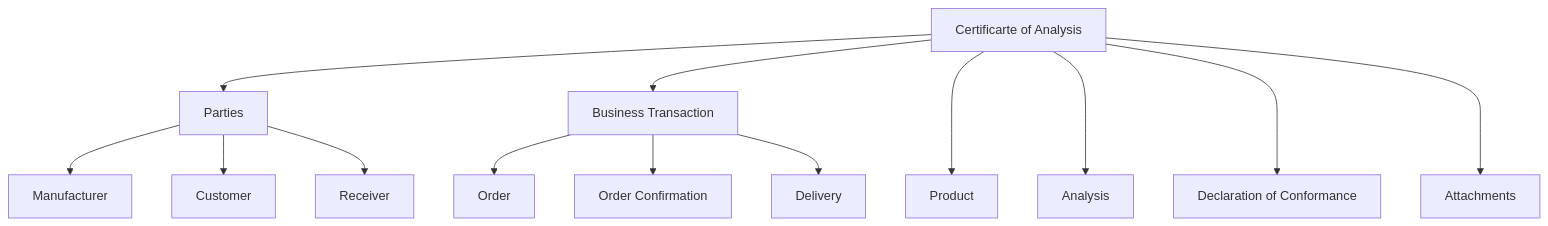
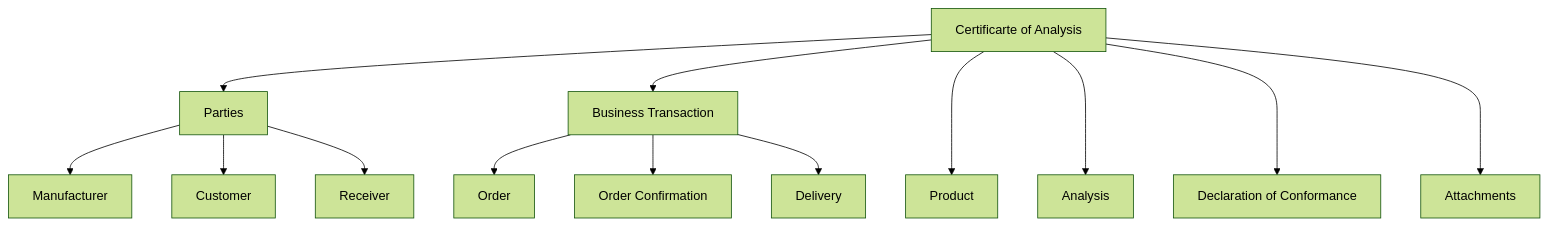
Before and after one commit to material-identity/material-identity.github.io: the diagram in docs/coa/index.md, drawn with Mermaid.

Commit message:
feat: update rendering of graph

````diff
--- a/docs/coa/index.md
+++ b/docs/coa/index.md
@@ -100,15 +100,16 @@
 ```mermaid
+%%{init: {'theme':'forest'}}%%
 graph TD
     CoA[Certificarte of Analysis]-->Parties[Parties]
     Parties-->Manufacturer[Manufacturer]
     Parties-->Customer[Customer]
     Parties-->Receiver[Receiver]
     CoA-->BusinessTransaction[Business Transaction]
     BusinessTransaction-->Order[Order]
     BusinessTransaction-->OrderConfirmation[Order Confirmation]
     BusinessTransaction-->Delivery[Delivery]
     CoA--->Product[Product]
     CoA--->Analysis[Analysis]
     CoA--->DoC[Declaration of Conformance]
     CoA--->Attachments[Attachments]
 ```
````
